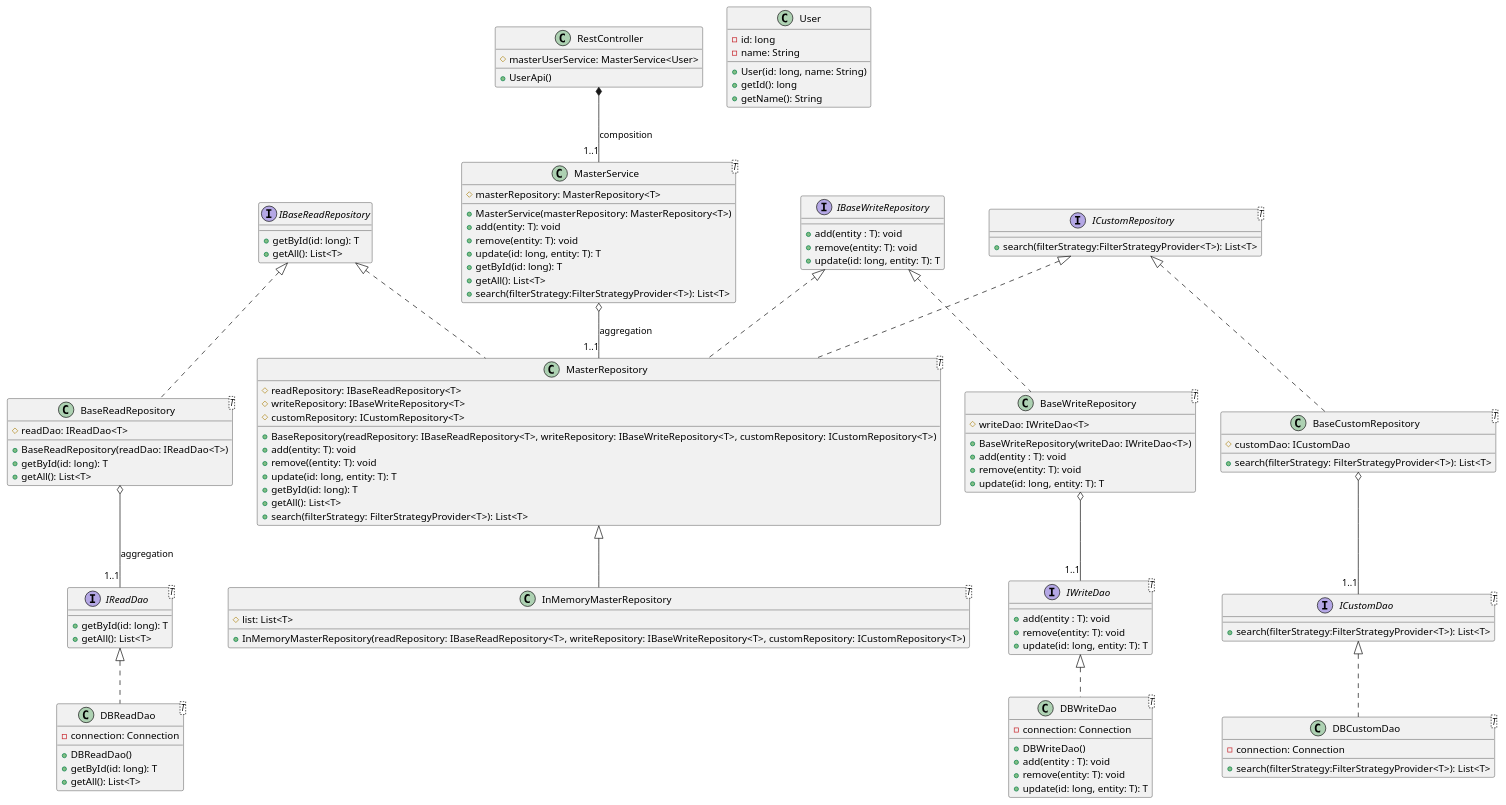
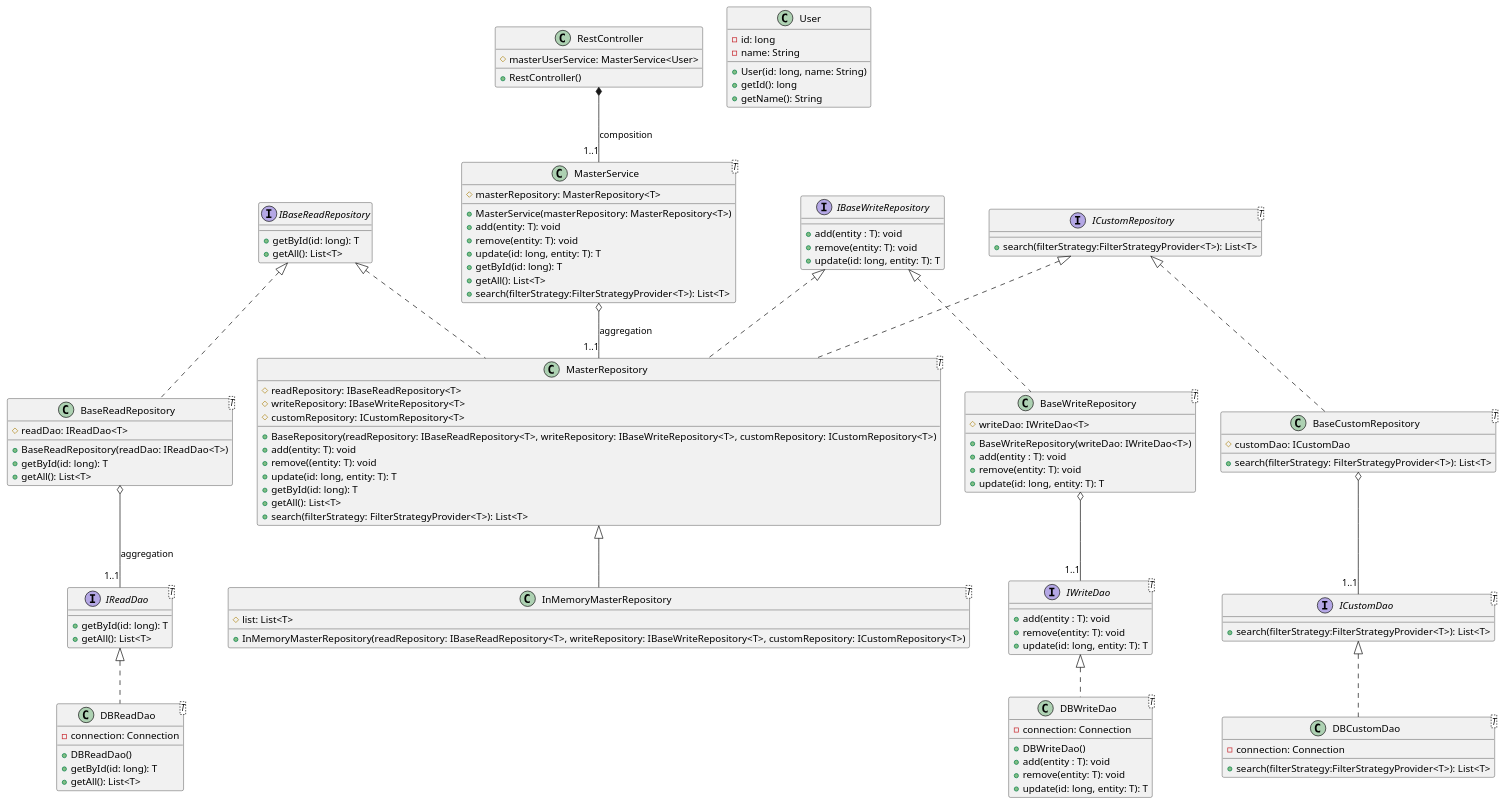
One commit to premkumar1991/Explore changed the diagram in src/lld/backend_patterns/repository/template/class_diagram.puml. Above: the diagram before and after it, drawn with PlantUML. The commit also changed 4 other files, not shown here.

```diff
--- a/src/lld/backend_patterns/repository/template/class_diagram.puml
+++ b/src/lld/backend_patterns/repository/template/class_diagram.puml
@@ -1,108 +1,108 @@
 @startuml
 interface IReadDao<T>{
     + getById(id: long): T
     + getAll(): List<T>
 }
 interface IWriteDao<T>{
     + add(entity : T): void
     + remove(entity: T): void
     + update(id: long, entity: T): T
 }
 interface ICustomDao<T>{
     + search(filterStrategy:FilterStrategyProvider<T>): List<T>
 }
 interface IBaseReadRepository {
     + getById(id: long): T
     + getAll(): List<T>
 }
 interface IBaseWriteRepository{
     + add(entity : T): void
     + remove(entity: T): void
     + update(id: long, entity: T): T
 }
 interface ICustomRepository<T>{
     + search(filterStrategy:FilterStrategyProvider<T>): List<T>
 }
 class DBReadDao<T> implements IReadDao{
     - connection: Connection
     + DBReadDao()
     + getById(id: long): T
     + getAll(): List<T>
 }
 class DBWriteDao<T> implements IWriteDao{
     - connection: Connection
     + DBWriteDao()
     + add(entity : T): void
     + remove(entity: T): void
     + update(id: long, entity: T): T
 }
 class DBCustomDao<T> implements ICustomDao{
     - connection: Connection
     + search(filterStrategy:FilterStrategyProvider<T>): List<T>
 }
 class BaseReadRepository<T> implements IBaseReadRepository{
     # readDao: IReadDao<T>
     + BaseReadRepository(readDao: IReadDao<T>)
     + getById(id: long): T
     + getAll(): List<T>
 }
 class BaseWriteRepository<T> implements IBaseWriteRepository{
     # writeDao: IWriteDao<T>
     + BaseWriteRepository(writeDao: IWriteDao<T>)
     + add(entity : T): void
     + remove(entity: T): void
     + update(id: long, entity: T): T
 }
 class BaseCustomRepository<T> implements ICustomRepository{
     # customDao: ICustomDao
     + search(filterStrategy: FilterStrategyProvider<T>): List<T>
 }
 'Service will get respective type bounded BaseRepository
 'MasterRepository has all read,write,custom repository injection on generic type for scale
 'Have some builder pattern around MasterRepository to allow scope of optional repository injection while creation
 class MasterRepository<T> implements IBaseReadRepository, IBaseWriteRepository, ICustomRepository{
     # readRepository: IBaseReadRepository<T>
     # writeRepository: IBaseWriteRepository<T>
     # customRepository: ICustomRepository<T>
     + BaseRepository(readRepository: IBaseReadRepository<T>, writeRepository: IBaseWriteRepository<T>, customRepository: ICustomRepository<T>)
     + add(entity: T): void
     + remove((entity: T): void
     + update(id: long, entity: T): T
     + getById(id: long): T
     + getAll(): List<T>
     + search(filterStrategy: FilterStrategyProvider<T>): List<T>
 }
 class InMemoryMasterRepository<T> extends MasterRepository{
     # list: List<T>
     + InMemoryMasterRepository(readRepository: IBaseReadRepository<T>, writeRepository: IBaseWriteRepository<T>, customRepository: ICustomRepository<T>)
 }
 class MasterService<T>{
     # masterRepository: MasterRepository<T>
     + MasterService(masterRepository: MasterRepository<T>)
     + add(entity: T): void
     + remove(entity: T): void
     + update(id: long, entity: T): T
     + getById(id: long): T
     + getAll(): List<T>
     + search(filterStrategy:FilterStrategyProvider<T>): List<T>
 }
 'Rest api request handler/controller create service instance (composition) bootstrap phase
 class RestController {
     # masterUserService: MasterService<User>
-    + UserApi()
+    + RestController()
 }
 class User{
     - id: long
     - name: String
     + User(id: long, name: String)
     + getId(): long
     + getName(): String
 }
 
 RestController *-- "1..1" MasterService : composition
 MasterService o-- "1..1" MasterRepository : aggregation
 BaseReadRepository o-- "1..1" IReadDao : aggregation
 BaseWriteRepository o-- "1..1" IWriteDao
 BaseCustomRepository o-- "1..1" ICustomDao
 'ClassA --> "1..*" ClassB : abc
 @enduml
```
